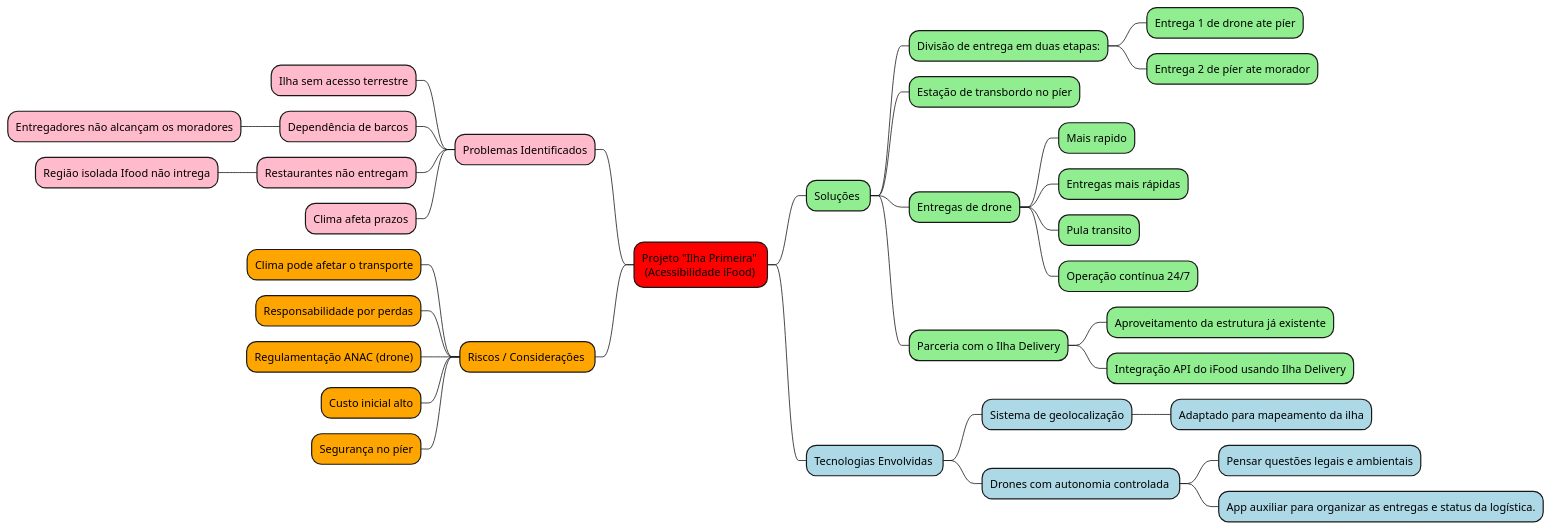
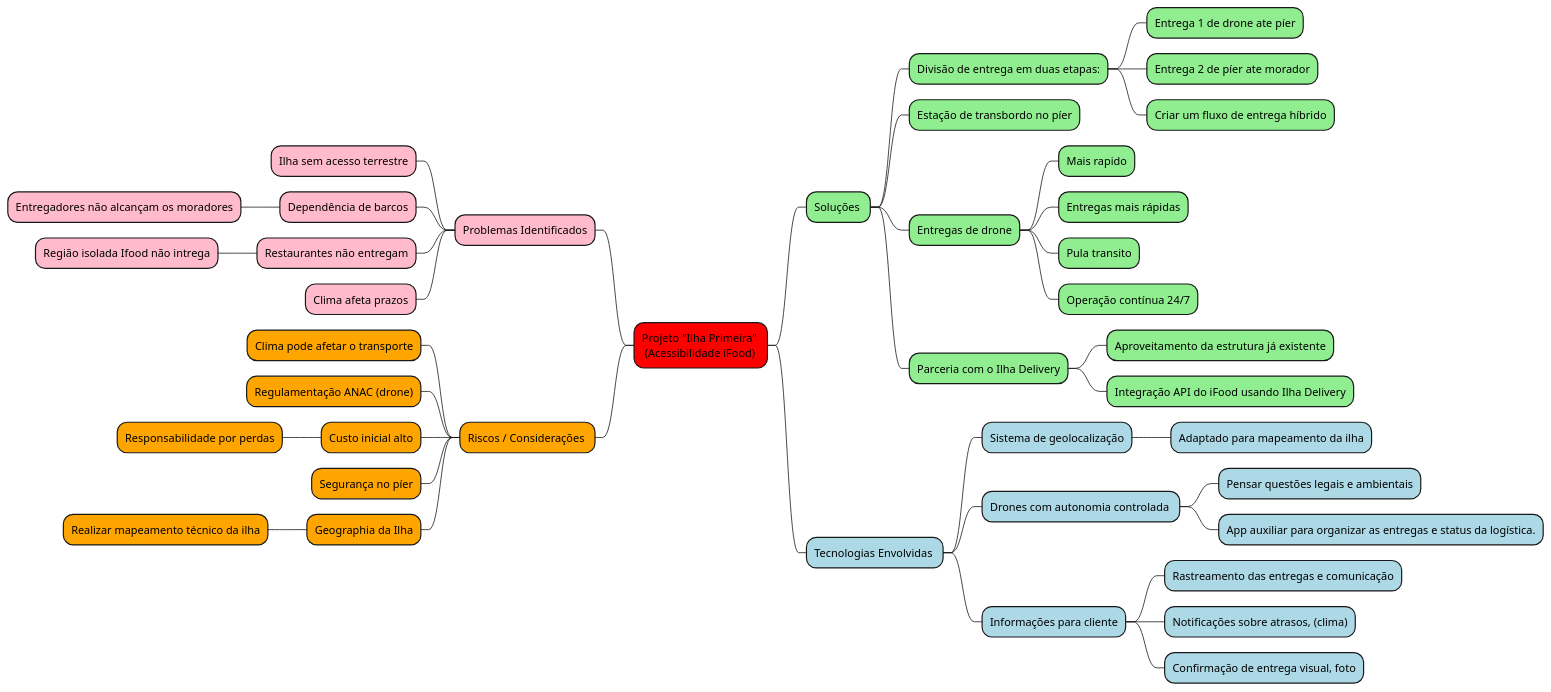
One commit to Projetos-de-Extensao/PBE_25.1_8001_IV_SkyDrop changed the diagram in docs/assets/mapa_mental/plantuml_mapamental_code.puml. Above: the diagram before and after it, drawn with PlantUML.

Commit message:
Update plantuml_mapamental_code.puml
update

```diff
--- a/docs/assets/mapa_mental/plantuml_mapamental_code.puml
+++ b/docs/assets/mapa_mental/plantuml_mapamental_code.puml
@@ -1,66 +1,74 @@
 @startmindmap
 
 <style>
 mindmapDiagram {
   .green {
     BackgroundColor lightgreen
   }
   .rose {
     BackgroundColor #FFBBCC
   }
   .red {
     BackgroundColor red
   }
   .blue {
     BackgroundColor lightblue
   }
   .orange {
     BackgroundColor orange
   }
 }
 </style>
 
 * Projeto "Ilha Primeira" \n (Acessibilidade iFood)<<red>>
 
 
 ** Soluções <<green>>
 ***[#lightgreen] Divisão de entrega em duas etapas:
 ****[#lightgreen] Entrega 1 de drone ate píer
 ****[#lightgreen] Entrega 2 de píer ate morador
+****[#lightgreen] Criar um fluxo de entrega híbrido
 ***[#lightgreen] Estação de transbordo no píer
 ***[#lightgreen] Entregas de drone
 ****[#lightgreen] Mais rapido
 ****[#lightgreen] Entregas mais rápidas
 ****[#lightgreen] Pula transito
 ****[#lightgreen] Operação contínua 24/7
 ***[#lightgreen] Parceria com o Ilha Delivery
 ****[#lightgreen] Aproveitamento da estrutura já existente
 ****[#lightgreen] Integração API do iFood usando Ilha Delivery
 
 ** Tecnologias Envolvidas <<blue>>
 ***[#lightblue] Sistema de geolocalização
 ****[#lightblue] Adaptado para mapeamento da ilha
 ***[#lightblue] Drones com autonomia controlada 
 ****[#lightblue] Pensar questões legais e ambientais
 ****[#lightblue] App auxiliar para organizar as entregas e status da logística.
+***[#lightblue] Informações para cliente
+****[#lightblue] Rastreamento das entregas e comunicação
+****[#lightblue] Notificações sobre atrasos, (clima)
+****[#lightblue] Confirmação de entrega visual, foto
 
 left side
 
 ** Problemas Identificados<<rose>>
 ***[#FFBBCC] Ilha sem acesso terrestre
 ***[#FFBBCC] Dependência de barcos
 ****[#FFBBCC] Entregadores não alcançam os moradores
 ***[#FFBBCC] Restaurantes não entregam
 ****[#FFBBCC] Região isolada Ifood não intrega
 ***[#FFBBCC] Clima afeta prazos
 
 ** Riscos / Considerações <<Orange>>
 ***[#Orange] Clima pode afetar o transporte
-***[#Orange] Responsabilidade por perdas
 ***[#Orange] Regulamentação ANAC (drone)
 ***[#Orange] Custo inicial alto
+****[#Orange] Responsabilidade por perdas
 ***[#Orange] Segurança no píer
+***[#Orange] Geographia da Ilha
+****[#Orange] Realizar mapeamento técnico da ilha
+
 
 
 
 @endmindmap
```
